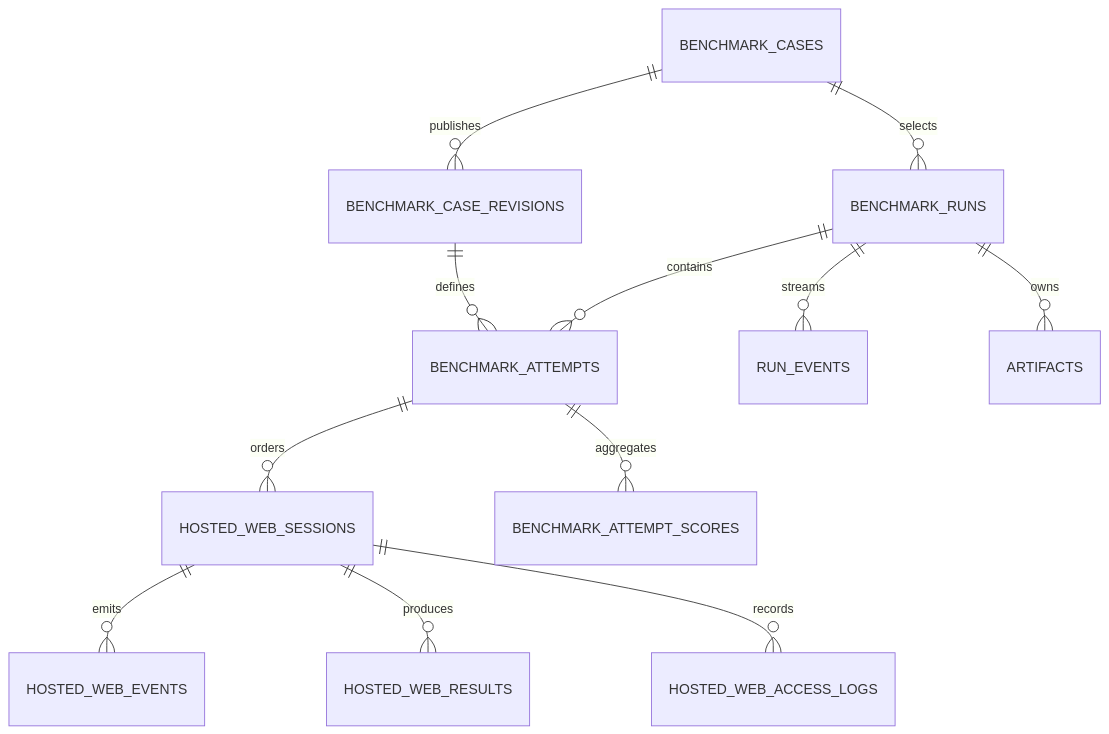
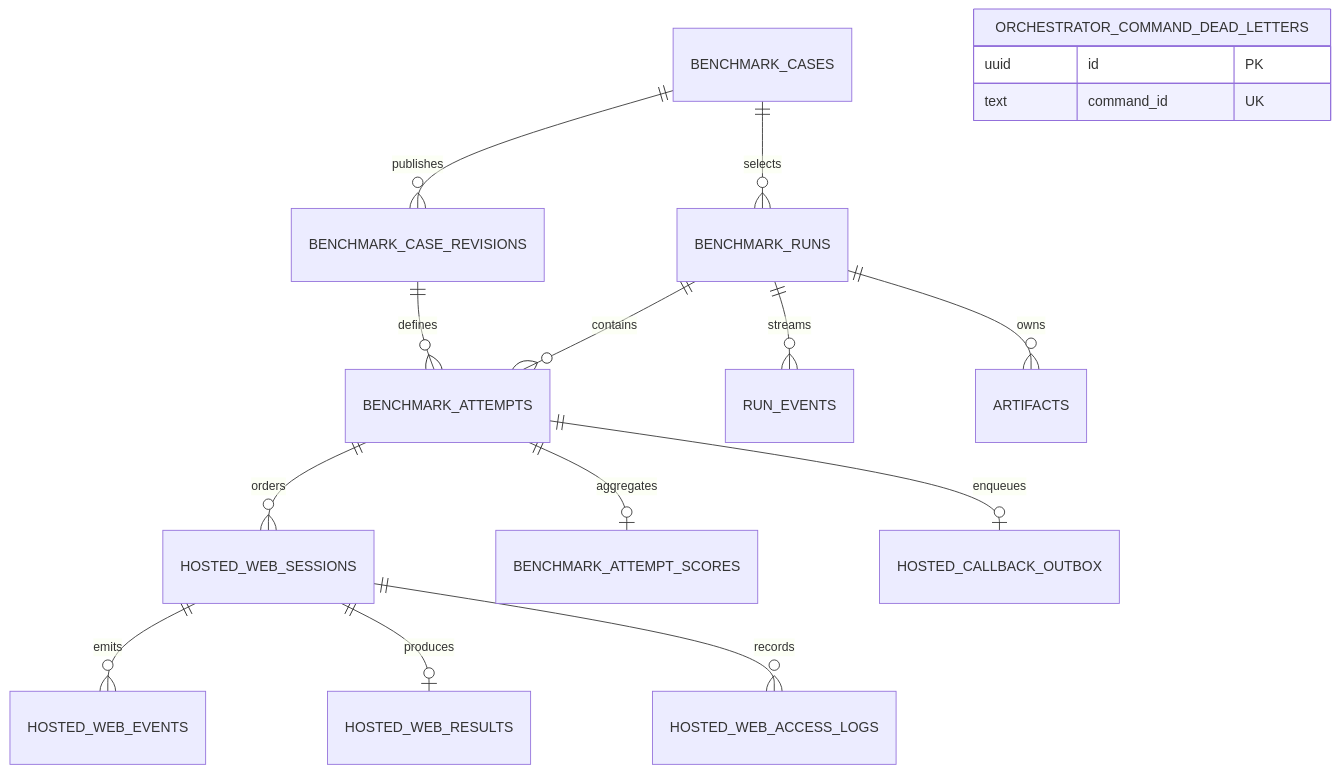
The first of 3 diagrams in docs/data-model.md (Kaiwen0418/agent-benchmark), drawn with Mermaid before and after one commit. The commit also changed other lines of this file and 7 other files, not shown here.

Commit message:
docs: align architecture and runtime data flow (#67)

````diff
--- a/docs/data-model.md
+++ b/docs/data-model.md
@@ -5,14 +5,19 @@
 ```mermaid
 erDiagram
   BENCHMARK_CASES ||--o{ BENCHMARK_RUNS : selects
   BENCHMARK_CASES ||--o{ BENCHMARK_CASE_REVISIONS : publishes
   BENCHMARK_CASE_REVISIONS ||--o{ BENCHMARK_ATTEMPTS : defines
   BENCHMARK_RUNS ||--o{ BENCHMARK_ATTEMPTS : contains
   BENCHMARK_ATTEMPTS ||--o{ HOSTED_WEB_SESSIONS : orders
   HOSTED_WEB_SESSIONS ||--o{ HOSTED_WEB_EVENTS : emits
-  HOSTED_WEB_SESSIONS ||--o{ HOSTED_WEB_RESULTS : produces
-  BENCHMARK_ATTEMPTS ||--o{ BENCHMARK_ATTEMPT_SCORES : aggregates
+  HOSTED_WEB_SESSIONS ||--o| HOSTED_WEB_RESULTS : produces
+  BENCHMARK_ATTEMPTS ||--o| BENCHMARK_ATTEMPT_SCORES : aggregates
   HOSTED_WEB_SESSIONS ||--o{ HOSTED_WEB_ACCESS_LOGS : records
+  BENCHMARK_ATTEMPTS ||--o| HOSTED_CALLBACK_OUTBOX : enqueues
   BENCHMARK_RUNS ||--o{ RUN_EVENTS : streams
   BENCHMARK_RUNS ||--o{ ARTIFACTS : owns
+  ORCHESTRATOR_COMMAND_DEAD_LETTERS {
+    uuid id PK
+    text command_id UK
+  }
 ```
````
